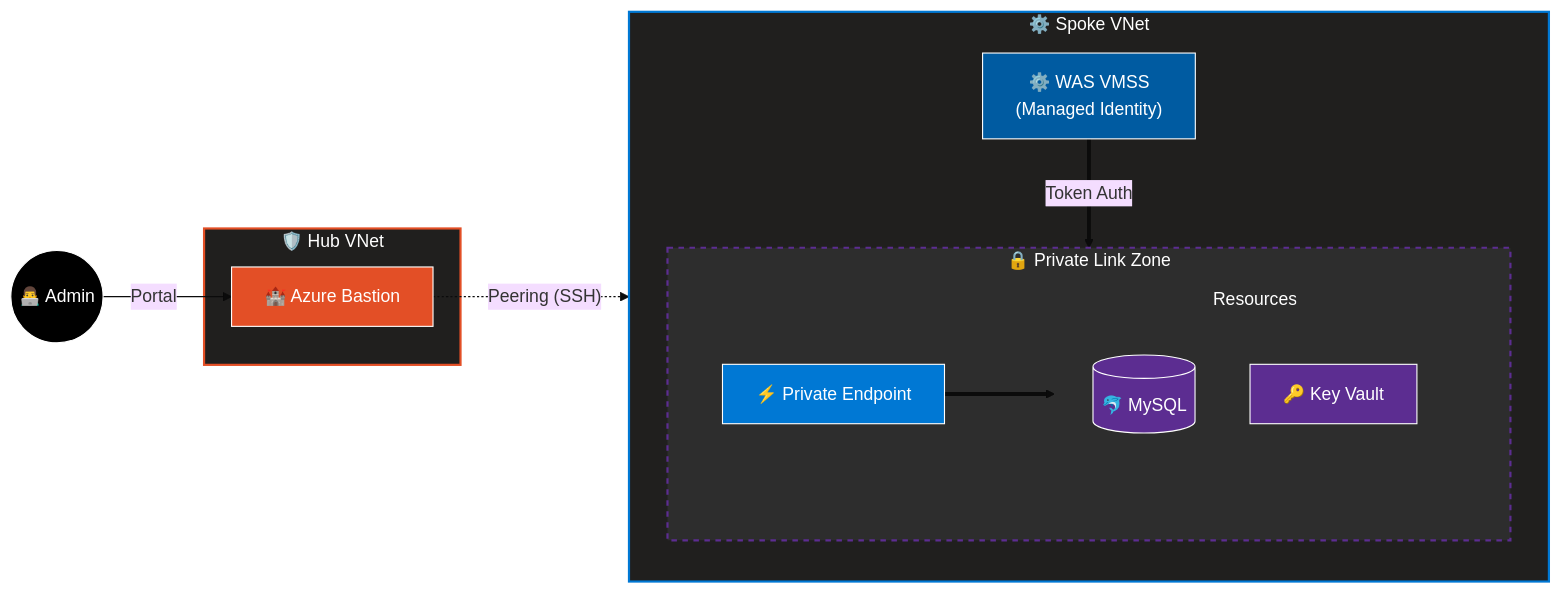
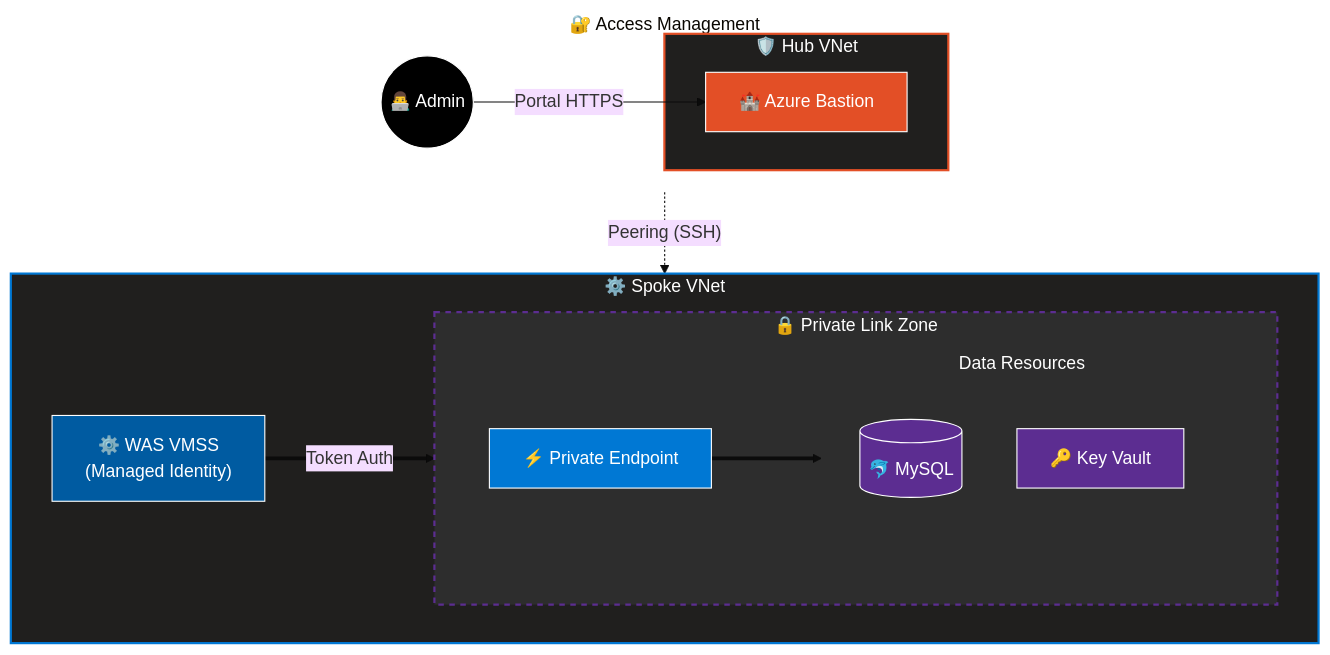
The third of 4 diagrams in _posts/security-architecture/2025-12-01-Terraform-basedAzureSecurityArchitecture.md (HamaPr/HamaPr.github.io), drawn with Mermaid (base theme) before and after one commit.

````diff
--- a/_posts/security-architecture/2025-12-01-Terraform-basedAzureSecurityArchitecture.md
+++ b/_posts/security-architecture/2025-12-01-Terraform-basedAzureSecurityArchitecture.md
@@ -247,55 +247,60 @@
 ```mermaid
-graph LR
+graph TD
     %% --- Style Definitions ---
     classDef hub fill:#201F1E,stroke:#E34F26,stroke-width:2px,color:#fff;
     classDef spoke fill:#201F1E,stroke:#0078D4,stroke-width:2px,color:#fff;
     classDef zone fill:#2d2d2d,stroke:#5C2D91,stroke-width:2px,stroke-dasharray: 5 5,color:#fff;
     
     classDef bastion fill:#E34F26,stroke:#fff,color:#fff;
     classDef vm fill:#005BA1,stroke:#fff,color:#fff;
     classDef data fill:#5C2D91,stroke:#fff,color:#fff;
     classDef endpoint fill:#0078D4,stroke:#fff,color:#fff,shape:rect;
     classDef user fill:#000,stroke:#fff,color:#fff;
 
-    %% --- External ---
-    Admin(("👨‍💻 Admin")):::user
+    %% --- 1. Top Layer: Access & Security ---
+    subgraph Access_Layer ["🔐 Access Management"]
+        direction LR
+        style Access_Layer fill:transparent,stroke:none
 
-    %% --- Hub VNet (Left Side) ---
-    subgraph Hub ["🛡️ Hub VNet"]
-        BAS["🏰 Azure Bastion"]:::bastion
+        Admin(("👨‍💻 Admin")):::user
+        
+        subgraph Hub ["🛡️ Hub VNet"]
+            BAS["🏰 Azure Bastion"]:::bastion
+        end
+        
+        Admin -->|"Portal HTTPS"| BAS
     end
 
-    %% --- Spoke VNet (Right Side) ---
+    %% --- 2. Bottom Layer: Workload & Data ---
     subgraph Spoke ["⚙️ Spoke VNet"]
-        direction TB
-
-        %% 1. Compute Layer (Top)
+        direction LR
+        %% 내부 흐름을 좌->우로 설정하여 하단을 꽉 채움
+        
         WAS["⚙️ WAS VMSS<br/>(Managed Identity)"]:::vm
         
-        %% 2. Data Layer (Bottom)
         subgraph Private_Zone ["🔒 Private Link Zone"]
             direction LR
             PE["⚡ Private Endpoint"]:::endpoint
             
-            subgraph Targets ["Resources"]
+            subgraph Data_Res ["Data Resources"]
                 direction TB
                 DB[("🐬 MySQL")]:::data
                 KV["🔑 Key Vault"]:::data
             end
             
-            PE ==> Targets
+            PE ==> Data_Res
         end
+        
+        WAS ==>|"Token Auth"| PE
     end
 
-    %% --- Wiring ---
-    Admin -->|"Portal"| BAS
+    %% --- Vertical Connection ---
     BAS -.->|"Peering (SSH)"| WAS
-    WAS ==>|"Token Auth"| PE
-    
-    %% --- Subgraph Styles ---
+
+    %% --- Class Application ---
     class Hub hub;
     class Spoke spoke;
     class Private_Zone zone;
-    class Targets zone;
-    style Targets stroke:none,fill:transparent
+    class Data_Res zone;
+    style Data_Res stroke:none,fill:transparent
 ```
````
